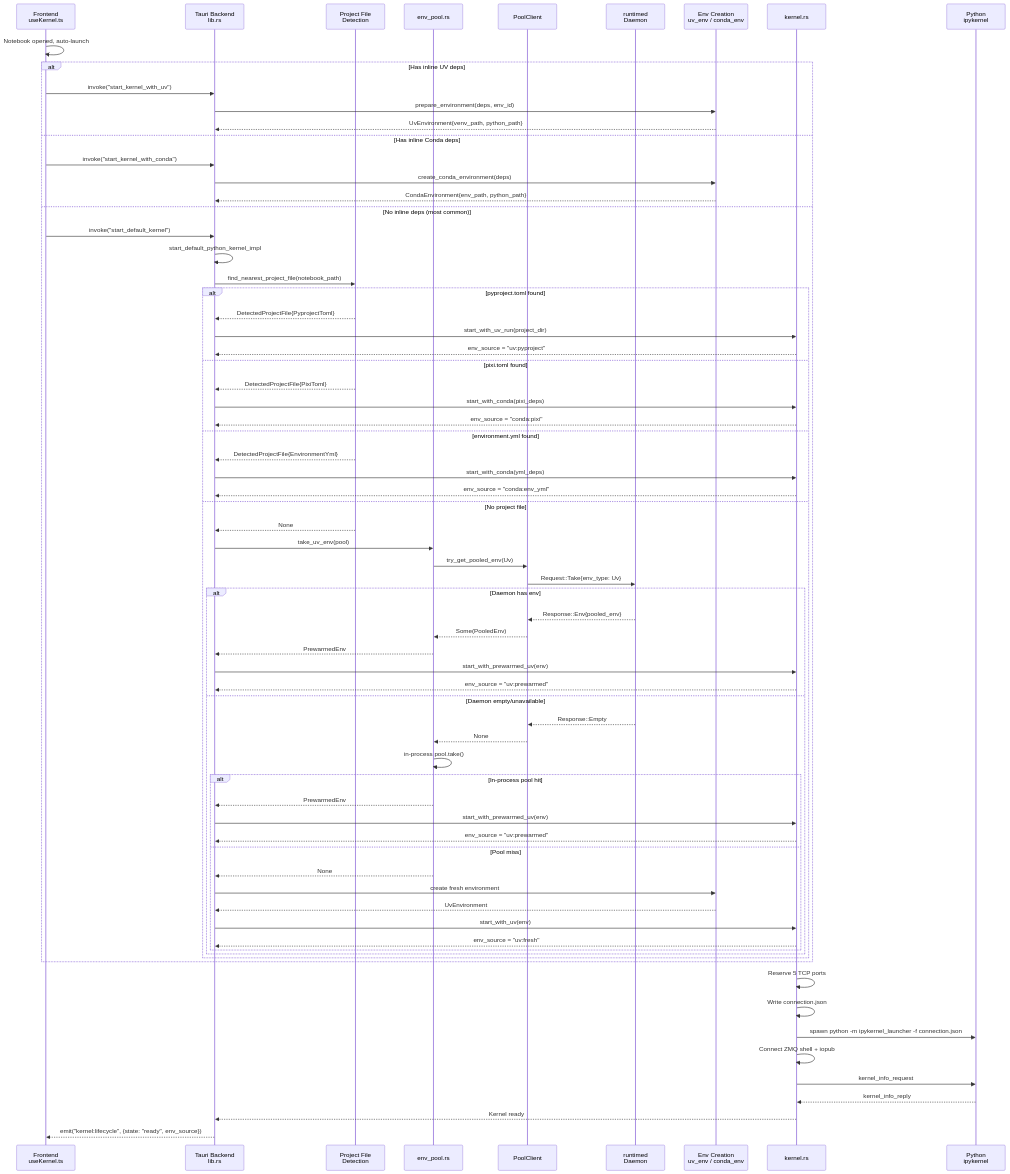
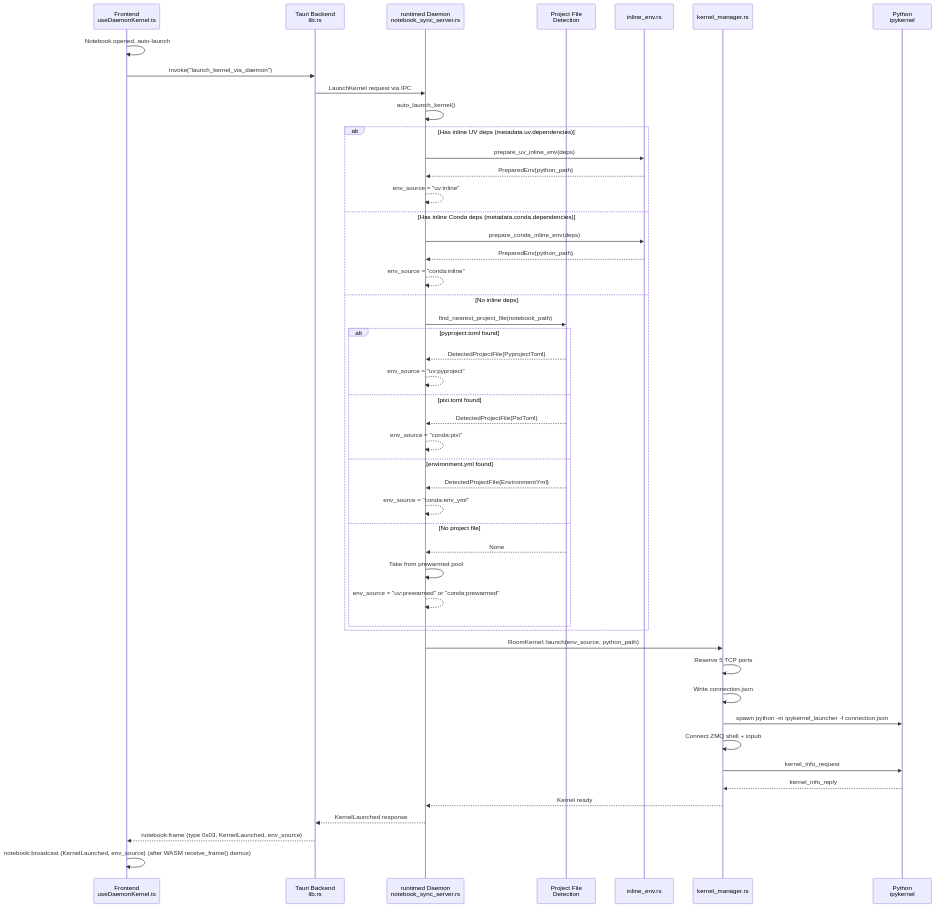
The second of 3 diagrams in contributing/environments.md (nteract/desktop), drawn with Mermaid before and after one commit. The commit also changed other lines of this file and 10 other files, not shown here.

````diff
--- a/contributing/environments.md
+++ b/contributing/environments.md
@@ -229,79 +161,55 @@
 ```mermaid
 sequenceDiagram
-    participant FE as Frontend<br/>useKernel.ts
+    participant FE as Frontend<br/>useDaemonKernel.ts
     participant TC as Tauri Backend<br/>lib.rs
+    participant DM as runtimed Daemon<br/>notebook_sync_server.rs
     participant PF as Project File<br/>Detection
-    participant EP as env_pool.rs
-    participant DC as PoolClient
-    participant DM as runtimed<br/>Daemon
-    participant ENV as Env Creation<br/>uv_env / conda_env
-    participant K as kernel.rs
+    participant IE as inline_env.rs
+    participant KM as kernel_manager.rs
     participant PY as Python<br/>ipykernel
 
     FE->>FE: Notebook opened, auto-launch
+    FE->>TC: invoke("launch_kernel_via_daemon")
+    TC->>DM: LaunchKernel request via IPC
 
-    alt Has inline UV deps
-        FE->>TC: invoke("start_kernel_with_uv")
-        TC->>ENV: prepare_environment(deps, env_id)
-        ENV-->>TC: UvEnvironment{venv_path, python_path}
-    else Has inline Conda deps
-        FE->>TC: invoke("start_kernel_with_conda")
-        TC->>ENV: create_conda_environment(deps)
-        ENV-->>TC: CondaEnvironment{env_path, python_path}
-    else No inline deps (most common)
-        FE->>TC: invoke("start_default_kernel")
-        TC->>TC: start_default_python_kernel_impl
+    DM->>DM: auto_launch_kernel()
 
-        TC->>PF: find_nearest_project_file(notebook_path)
+    alt Has inline UV deps (metadata.uv.dependencies)
+        DM->>IE: prepare_uv_inline_env(deps)
+        IE-->>DM: PreparedEnv{python_path}
+        DM-->>DM: env_source = "uv:inline"
+    else Has inline Conda deps (metadata.conda.dependencies)
+        DM->>IE: prepare_conda_inline_env(deps)
+        IE-->>DM: PreparedEnv{python_path}
+        DM-->>DM: env_source = "conda:inline"
+    else No inline deps
+        DM->>PF: find_nearest_project_file(notebook_path)
         alt pyproject.toml found
-            PF-->>TC: DetectedProjectFile{PyprojectToml}
-            TC->>K: start_with_uv_run(project_dir)
-            K-->>TC: env_source = "uv:pyproject"
+            PF-->>DM: DetectedProjectFile{PyprojectToml}
+            DM-->>DM: env_source = "uv:pyproject"
         else pixi.toml found
-            PF-->>TC: DetectedProjectFile{PixiToml}
-            TC->>K: start_with_conda(pixi_deps)
-            K-->>TC: env_source = "conda:pixi"
+            PF-->>DM: DetectedProjectFile{PixiToml}
+            DM-->>DM: env_source = "conda:pixi"
         else environment.yml found
-            PF-->>TC: DetectedProjectFile{EnvironmentYml}
-            TC->>K: start_with_conda(yml_deps)
-            K-->>TC: env_source = "conda:env_yml"
+            PF-->>DM: DetectedProjectFile{EnvironmentYml}
+            DM-->>DM: env_source = "conda:env_yml"
         else No project file
-            PF-->>TC: None
-            TC->>EP: take_uv_env(pool)
-            EP->>DC: try_get_pooled_env(Uv)
-            DC->>DM: Request::Take{env_type: Uv}
-            alt Daemon has env
-                DM-->>DC: Response::Env{pooled_env}
-                DC-->>EP: Some(PooledEnv)
-                EP-->>TC: PrewarmedEnv
-                TC->>K: start_with_prewarmed_uv(env)
-                K-->>TC: env_source = "uv:prewarmed"
-            else Daemon empty/unavailable
-                DM-->>DC: Response::Empty
-                DC-->>EP: None
-                EP->>EP: in-process pool.take()
-                alt In-process pool hit
-                    EP-->>TC: PrewarmedEnv
-                    TC->>K: start_with_prewarmed_uv(env)
-                    K-->>TC: env_source = "uv:prewarmed"
-                else Pool miss
-                    EP-->>TC: None
-                    TC->>ENV: create fresh environment
-                    ENV-->>TC: UvEnvironment
-                    TC->>K: start_with_uv(env)
-                    K-->>TC: env_source = "uv:fresh"
-                end
-            end
+            PF-->>DM: None
+            DM->>DM: Take from prewarmed pool
+            DM-->>DM: env_source = "uv:prewarmed" or "conda:prewarmed"
         end
     end
 
-    K->>K: Reserve 5 TCP ports
-    K->>K: Write connection.json
-    K->>PY: spawn python -m ipykernel_launcher -f connection.json
-    K->>K: Connect ZMQ shell + iopub
-    K->>PY: kernel_info_request
-    PY-->>K: kernel_info_reply
-    K-->>TC: Kernel ready
+    DM->>KM: RoomKernel::launch(env_source, python_path)
+    KM->>KM: Reserve 5 TCP ports
+    KM->>KM: Write connection.json
+    KM->>PY: spawn python -m ipykernel_launcher -f connection.json
+    KM->>KM: Connect ZMQ shell + iopub
+    KM->>PY: kernel_info_request
+    PY-->>KM: kernel_info_reply
+    KM-->>DM: Kernel ready
 
-    TC-->>FE: emit("kernel:lifecycle", {state: "ready", env_source})
+    DM-->>TC: KernelLaunched response
+    TC-->>FE: notebook:frame {type 0x03, KernelLaunched, env_source}
+    FE->>FE: notebook:broadcast {KernelLaunched, env_source} (after WASM receive_frame() demux)
 ```
````
